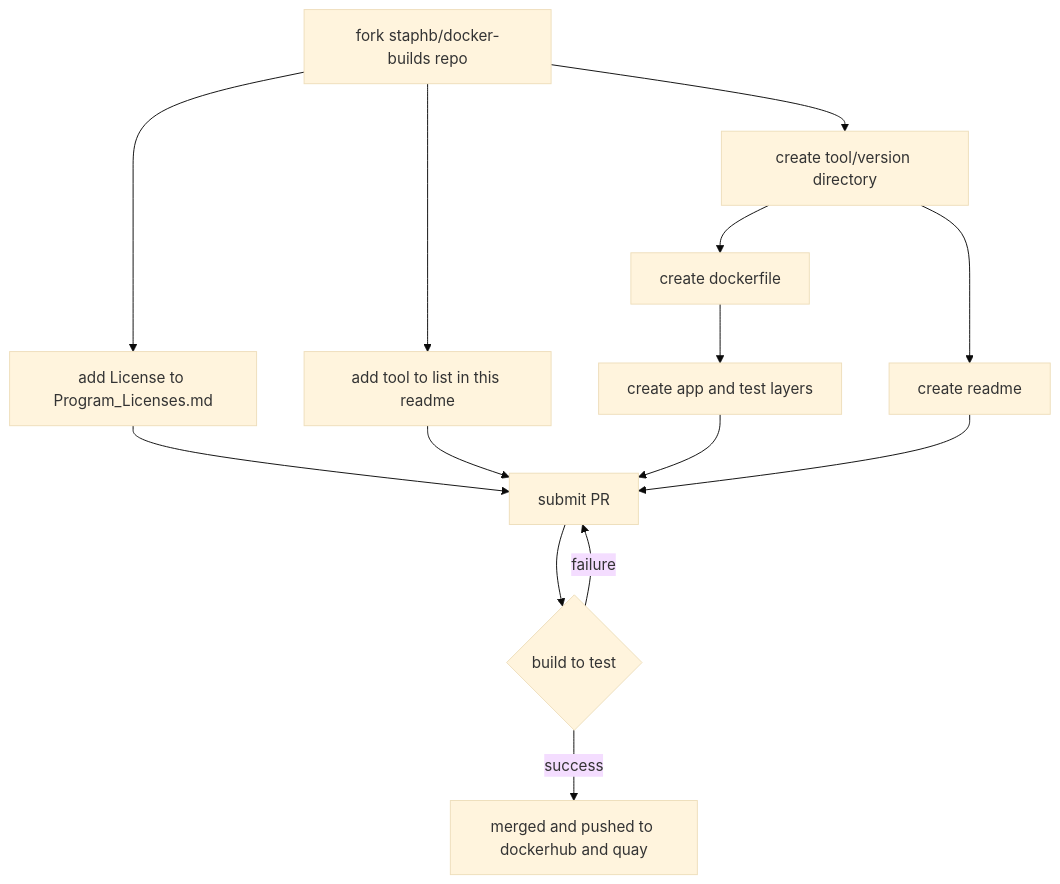
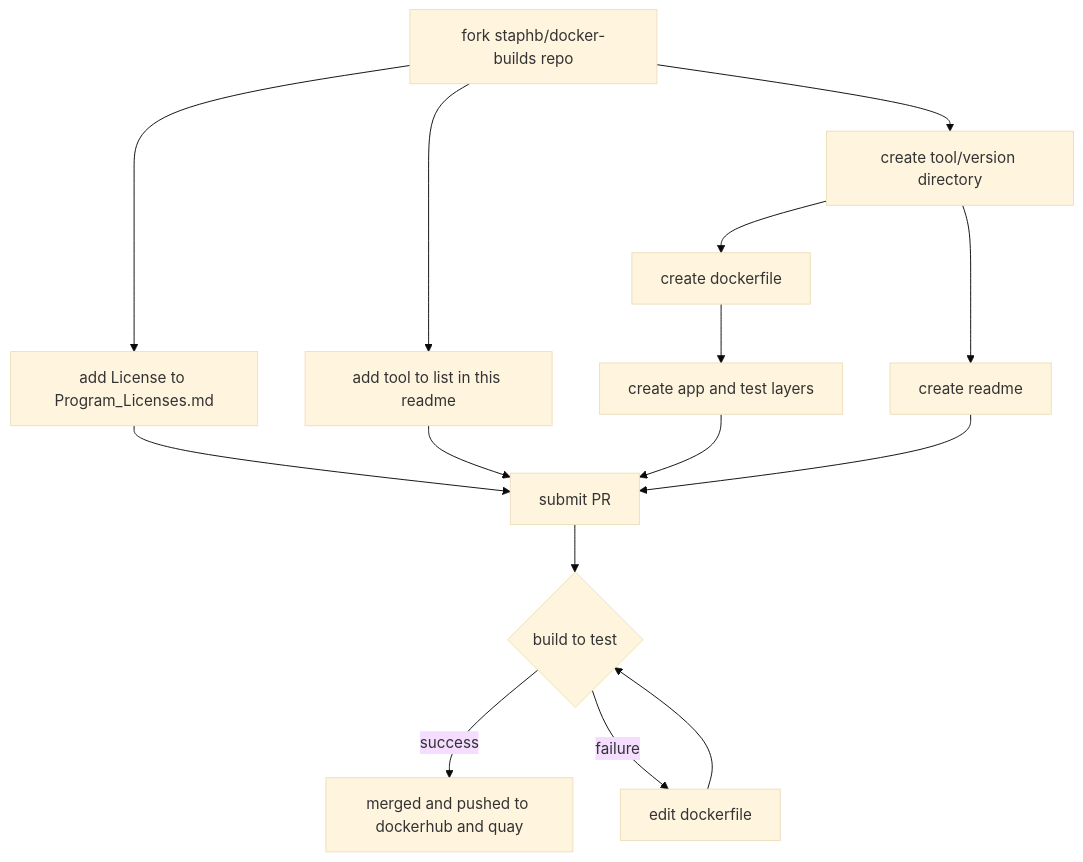
Before and after one commit to StaPH-B/docker-builds: the diagram in README.md, drawn with Mermaid (base theme). The commit also changed other lines of this file, not shown here.

````diff
--- a/README.md
+++ b/README.md
@@ -9,21 +17,17 @@
 ```mermaid
 graph TD
      A[fork staphb/docker-builds repo]-->B[create tool/version directory]
      B-->C[create readme]
      B-->D[create dockerfile]
      D-->G[create app and test layers]
-     
-     
      A-->E[add License to Program_Licenses.md]
      A-->F[add tool to list in this readme]
      E-->H[submit PR]
      F-->H
      G-->H
      C-->H
      H-->I{build to test}
      I--success-->J[merged and pushed to dockerhub and quay]
-     I--failure-->H
-     
-      
-
+     I--failure-->K[edit dockerfile]
+     K-->I
 ```
````
